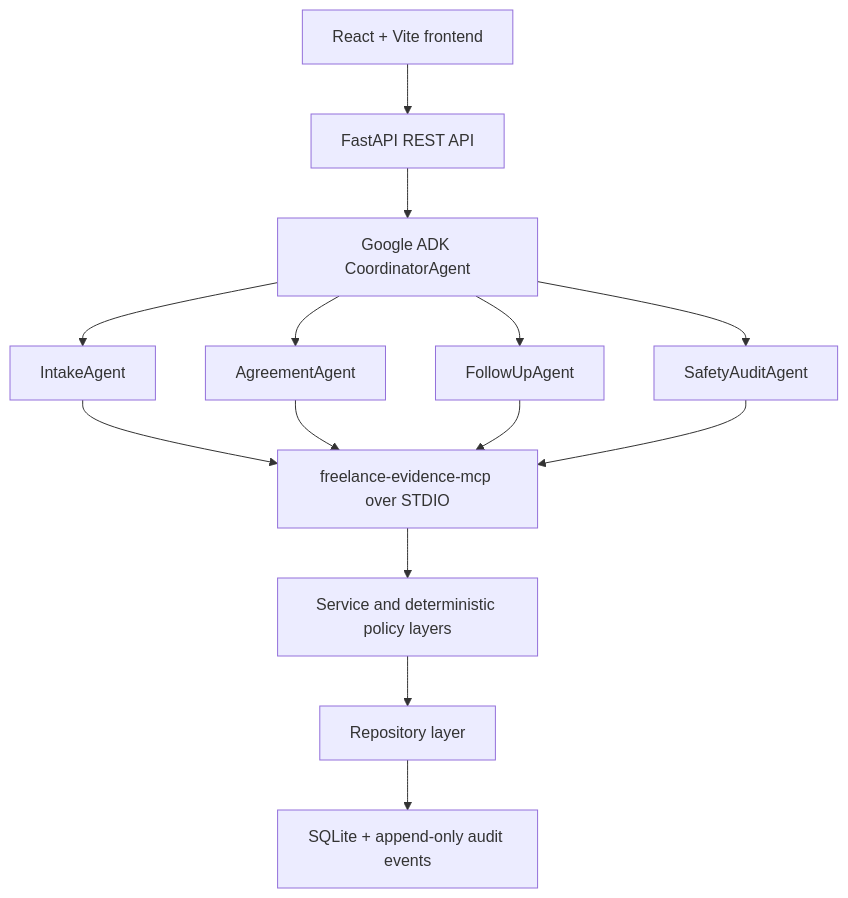
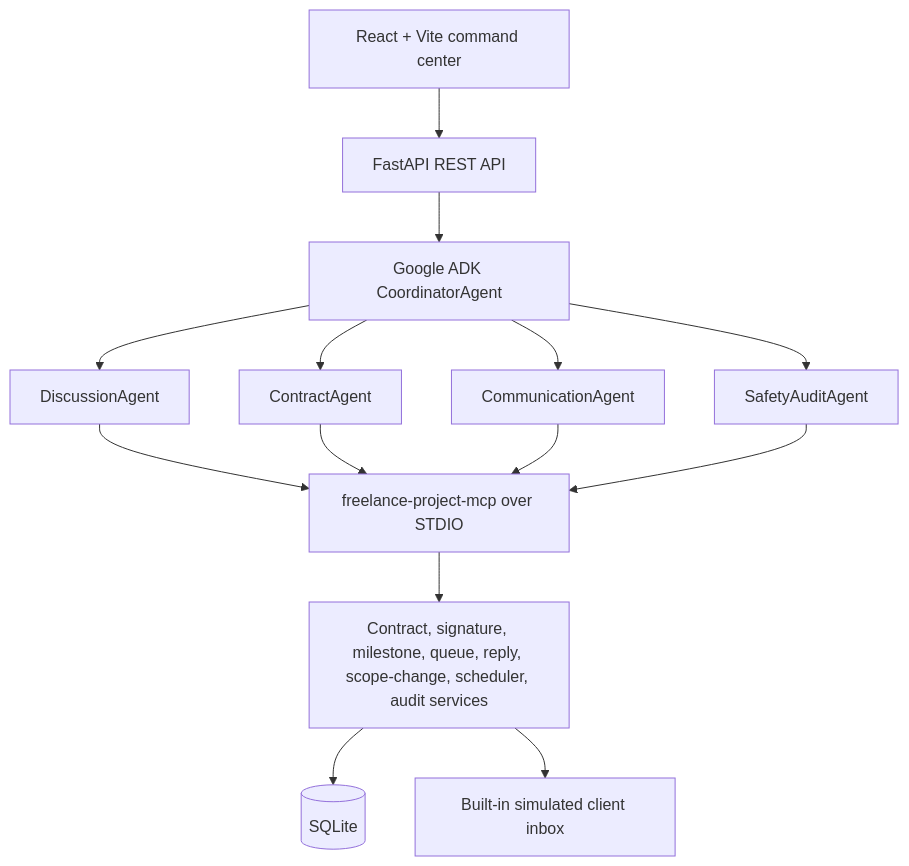
The diagram in README.md (chaziyu/freelance-shield-ai), drawn with Mermaid before and after one commit. The commit also changed other lines of this file and 8 other files, not shown here.

Commit message:
docs: revise product as contract-driven communication agent

````diff
--- a/README.md
+++ b/README.md
@@ -30,16 +33,16 @@
 ```mermaid
 flowchart TD
-    UI["React + Vite frontend"] --> API["FastAPI REST API"]
-    API --> Coordinator["Google ADK CoordinatorAgent"]
-    Coordinator --> Intake["IntakeAgent"]
-    Coordinator --> Agreement["AgreementAgent"]
-    Coordinator --> FollowUp["FollowUpAgent"]
-    Coordinator --> Safety["SafetyAuditAgent"]
-    Intake --> MCP["freelance-evidence-mcp over STDIO"]
-    Agreement --> MCP
-    FollowUp --> MCP
-    Safety --> MCP
-    MCP --> Services["Service and deterministic policy layers"]
-    Services --> Repositories["Repository layer"]
-    Repositories --> DB["SQLite + append-only audit events"]
+    UI["React + Vite command center"] --> API["FastAPI REST API"]
+    API --> C["Google ADK CoordinatorAgent"]
+    C --> D["DiscussionAgent"]
+    C --> K["ContractAgent"]
+    C --> M["CommunicationAgent"]
+    C --> S["SafetyAuditAgent"]
+    D --> MCP["freelance-project-mcp over STDIO"]
+    K --> MCP
+    M --> MCP
+    S --> MCP
+    MCP --> Services["Contract, signature, milestone, queue, reply, scope-change, scheduler, audit services"]
+    Services --> DB[("SQLite")]
+    Services --> Inbox["Built-in simulated client inbox"]
 ```
````
